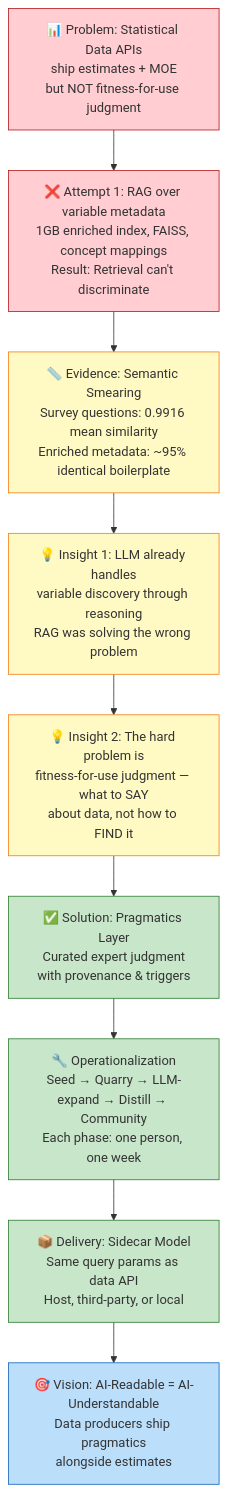
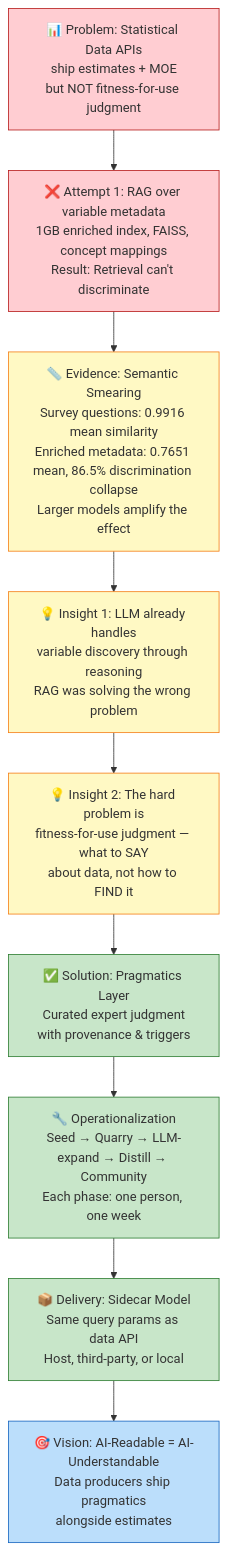
One commit to brockwebb/open-census-mcp-server changed the second of 2 diagrams in talks/fcsm_2026/notes.md. Above: the diagram before and after it, drawn with Mermaid. The commit also changed other lines of this file and 7 other files, not shown here.

````diff
--- a/talks/fcsm_2026/notes.md
+++ b/talks/fcsm_2026/notes.md
@@ -632,39 +672,39 @@
 ```mermaid
 flowchart TD
     P["📊 Problem: Statistical Data APIs\nship estimates + MOE\nbut NOT fitness-for-use judgment"]
     
     F1["❌ Attempt 1: RAG over variable metadata\n1GB enriched index, FAISS, concept mappings\nResult: Retrieval can't discriminate"]
     
-    E1["📏 Evidence: Semantic Smearing\nSurvey questions: 0.9916 mean similarity\nEnriched metadata: ~95% identical boilerplate"]
+    E1["📏 Evidence: Semantic Smearing\nSurvey questions: 0.9916 mean similarity\nEnriched metadata: 0.7651 mean, 86.5% discrimination collapse\nLarger models amplify the effect"]
     
     I1["💡 Insight 1: LLM already handles\nvariable discovery through reasoning\nRAG was solving the wrong problem"]
     
     I2["💡 Insight 2: The hard problem is\nfitness-for-use judgment — what to SAY\nabout data, not how to FIND it"]
     
     S["✅ Solution: Pragmatics Layer\nCurated expert judgment\nwith provenance & triggers"]
     
     O["🔧 Operationalization\nSeed → Quarry → LLM-expand → Distill → Community\nEach phase: one person, one week"]
     
     D["📦 Delivery: Sidecar Model\nSame query params as data API\nHost, third-party, or local"]
     
     V["🎯 Vision: AI-Readable = AI-Understandable\nData producers ship pragmatics\nalongside estimates"]
 
     P --> F1
     F1 --> E1
     E1 --> I1
     I1 --> I2
     I2 --> S
     S --> O
     O --> D
     D --> V
 
     style P fill:#ffcdd2,stroke:#b71c1c
     style F1 fill:#ffcdd2,stroke:#b71c1c
     style E1 fill:#fff9c4,stroke:#f57f17
     style I1 fill:#fff9c4,stroke:#f57f17
     style I2 fill:#fff9c4,stroke:#f57f17
     style S fill:#c8e6c9,stroke:#2e7d32
     style O fill:#c8e6c9,stroke:#2e7d32
     style D fill:#c8e6c9,stroke:#2e7d32
     style V fill:#bbdefb,stroke:#1565c0
 ```
````
